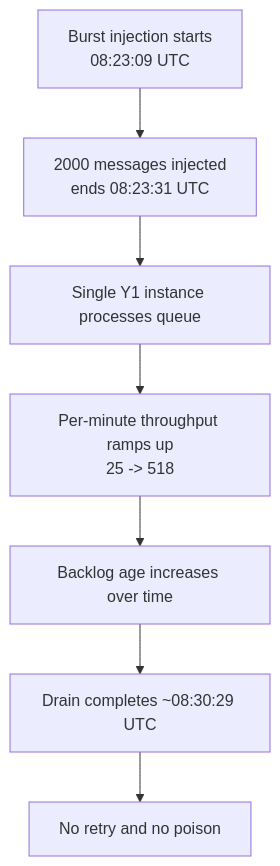
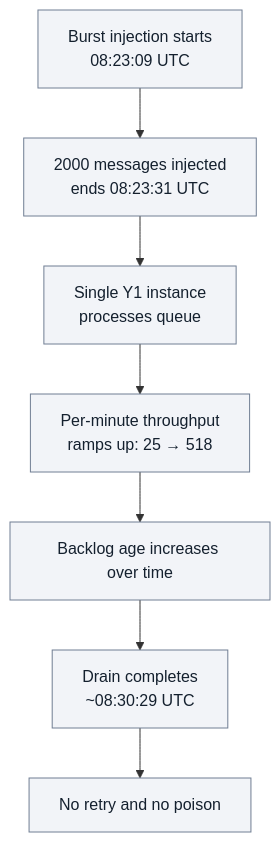
Before and after one commit to yeongseon/azure-functions-practical-guide: the first of 5 diagrams in docs/troubleshooting/lab-guides/queue-backlog-scaling.md, drawn with Mermaid. The commit also changed other lines of this file and 1 other file, not shown here.

First line of the commit message:
docs(diagrams): migrate Functions lab messaging and triggers — queue backlog scaling (#440)

````diff
--- a/docs/troubleshooting/lab-guides/queue-backlog-scaling.md
+++ b/docs/troubleshooting/lab-guides/queue-backlog-scaling.md
@@ -160,9 +160,13 @@
 ```mermaid
 flowchart TD
-    A[Burst injection starts\n08:23:09 UTC] --> B[2000 messages injected\nends 08:23:31 UTC]
-    B --> C[Single Y1 instance processes queue]
-    C --> D[Per-minute throughput ramps up\n25 -> 518]
+    accTitle: Historical Y1 queue burst progression
+    accDescr: Summary of the reported burst, from injection through single-instance processing and rising message age to drain completion; not a new lab run.
+    A["Burst injection starts<br/>08:23:09 UTC"] --> B["2000 messages injected<br/>ends 08:23:31 UTC"]
+    B --> C["Single Y1 instance<br/>processes queue"]
+    C --> D["Per-minute throughput<br/>ramps up: 25 → 518"]
     D --> E[Backlog age increases over time]
-    E --> F[Drain completes ~08:30:29 UTC]
+    E --> F["Drain completes<br/>~08:30:29 UTC"]
     F --> G[No retry and no poison]
+    classDef neutral fill:#f2f4f8,stroke:#707e93,color:#14202e;
+    class A,B,C,D,E,F,G neutral;
 ```
````
